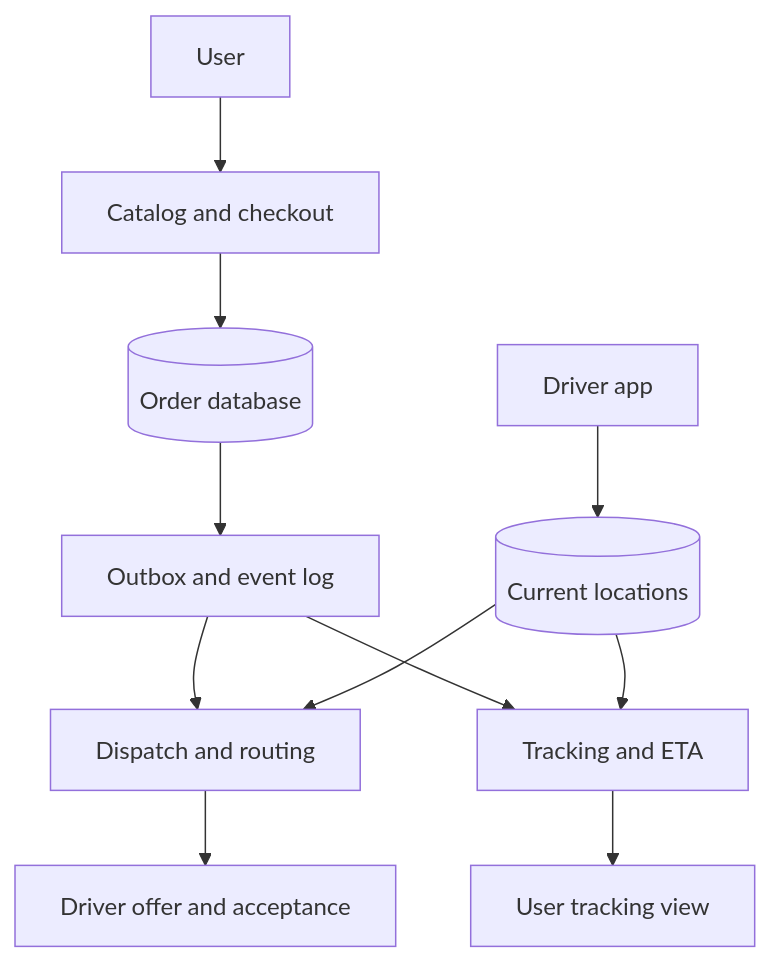
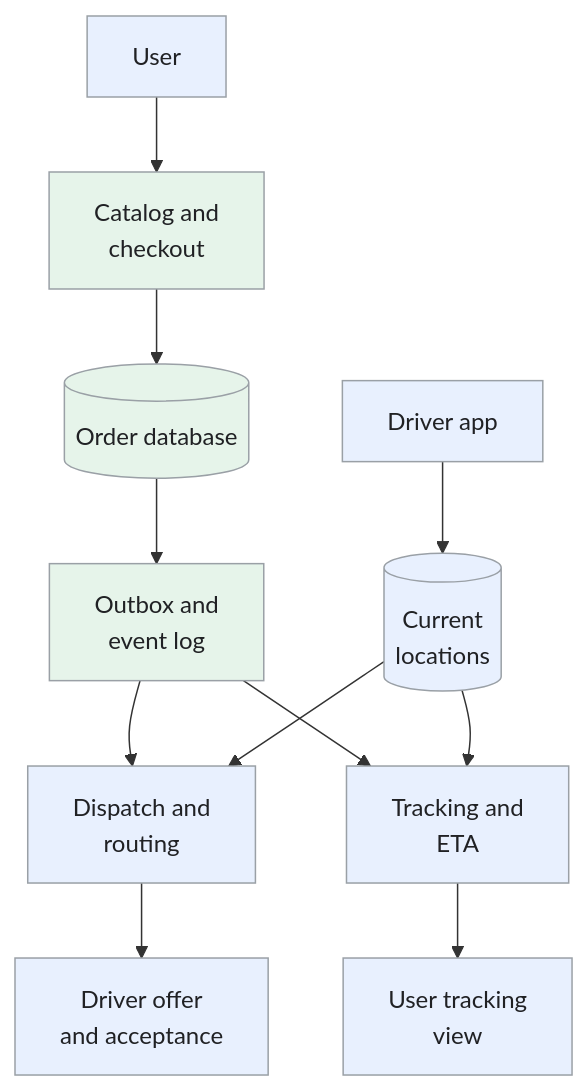
The first of 7 diagrams in _designs/system-design-doordash-uber-eats.md (iliazlobin/iliazlobin.github.io), drawn with Mermaid before and after one commit. The commit also changed other lines of this file and 131 other files, not shown here.

````diff
--- a/_designs/system-design-doordash-uber-eats.md
+++ b/_designs/system-design-doordash-uber-eats.md
@@ -134,13 +134,18 @@
 ```mermaid
 flowchart TB
-    U["User"] --> C["Catalog and checkout"]
+    U["User"] --> C["Catalog and<br>checkout"]
     C --> O[("Order database")]
-    O --> E["Outbox and event log"]
-    E --> D["Dispatch and routing"]
-    P["Driver app"] --> L[("Current locations")]
+    O --> E["Outbox and<br>event log"]
+    E --> D["Dispatch and<br>routing"]
+    P["Driver app"] --> L[("Current<br>locations")]
     L --> D
-    D --> A["Driver offer and acceptance"]
-    E --> T["Tracking and ETA"]
+    D --> A["Driver offer<br>and acceptance"]
+    E --> T["Tracking and<br>ETA"]
     L --> T
-    T --> V["User tracking view"]
+    T --> V["User tracking<br>view"]
+  classDef request fill:#e8f0fe,stroke:#9aa0a6,color:#202124,stroke-width:1px
+  classDef background fill:#e6f4ea,stroke:#9aa0a6,color:#202124,stroke-width:1px
+  classDef control fill:#fef7e0,stroke:#9aa0a6,color:#202124,stroke-width:1px
+  class U,D,P,L,A,T,V request
+  class C,O,E background
 ```
````
